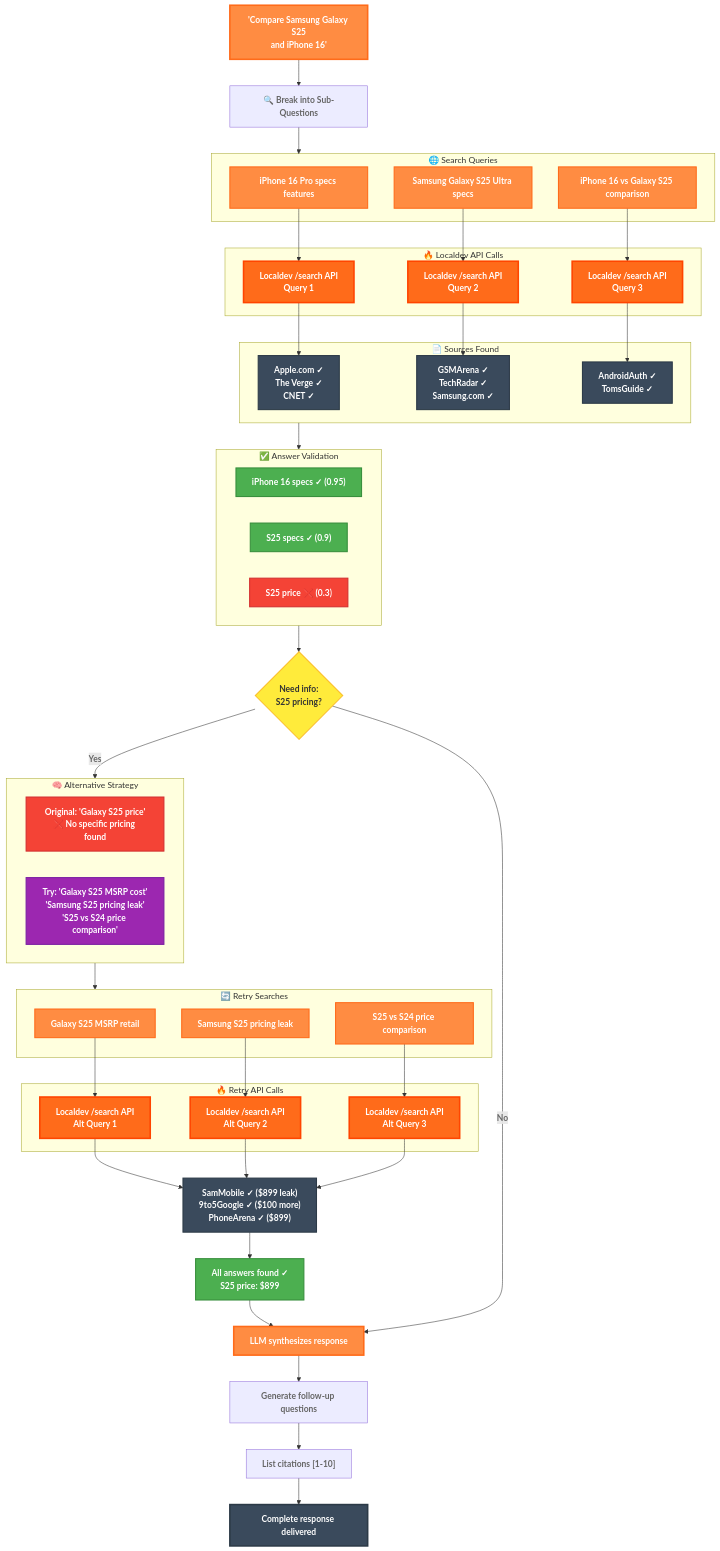
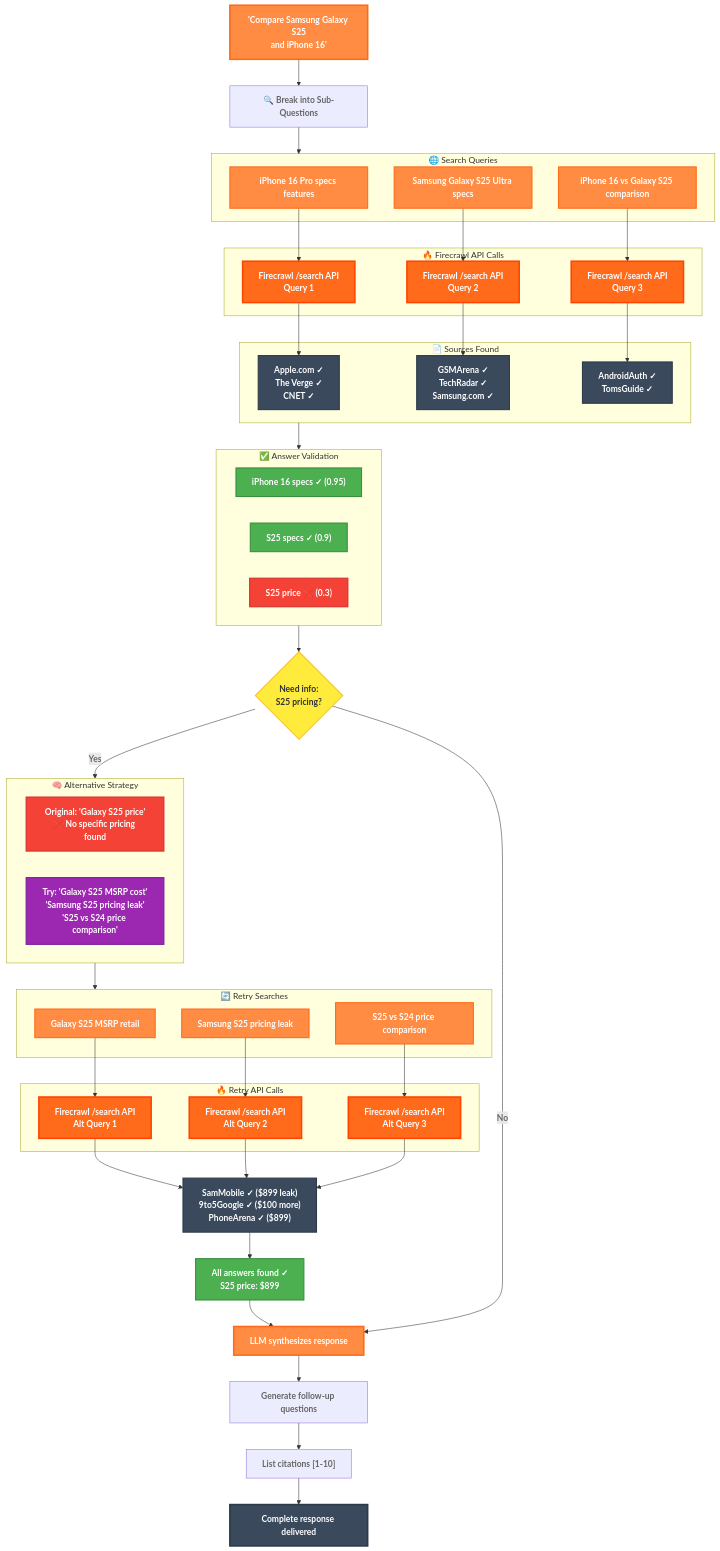
The diagram in README.md (amanmogal/localdev-search), drawn with Mermaid before and after one commit. The commit also changed other lines of this file and 10 other files, not shown here.

```diff
--- a/README.md
+++ b/README.md
@@ -54,10 +54,10 @@
     
     Break --> SubQ
     
-    subgraph FC["🔥 Localdev API Calls"]
-        FC1["Localdev /search API<br/>Query 1"]:::firecrawl
-        FC2["Localdev /search API<br/>Query 2"]:::firecrawl
-        FC3["Localdev /search API<br/>Query 3"]:::firecrawl
+    subgraph FC["🔥 Firecrawl API Calls"]
+        FC1["Firecrawl /search API<br/>Query 1"]:::firecrawl
+        FC2["Firecrawl /search API<br/>Query 2"]:::firecrawl
+        FC3["Firecrawl /search API<br/>Query 3"]:::firecrawl
     end
     
     S1 --> FC1
@@ -102,9 +102,9 @@
     Strat --> Retry2
     
     subgraph FC2G["🔥 Retry API Calls"]
-        FC4["Localdev /search API<br/>Alt Query 1"]:::firecrawl
-        FC5["Localdev /search API<br/>Alt Query 2"]:::firecrawl
-        FC6["Localdev /search API<br/>Alt Query 3"]:::firecrawl
+        FC4["Firecrawl /search API<br/>Alt Query 1"]:::firecrawl
+        FC5["Firecrawl /search API<br/>Alt Query 2"]:::firecrawl
+        FC6["Firecrawl /search API<br/>Alt Query 3"]:::firecrawl
     end
     
     Alt1 --> FC4
```
